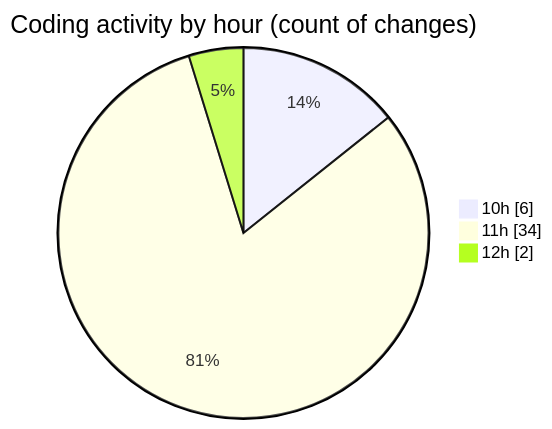
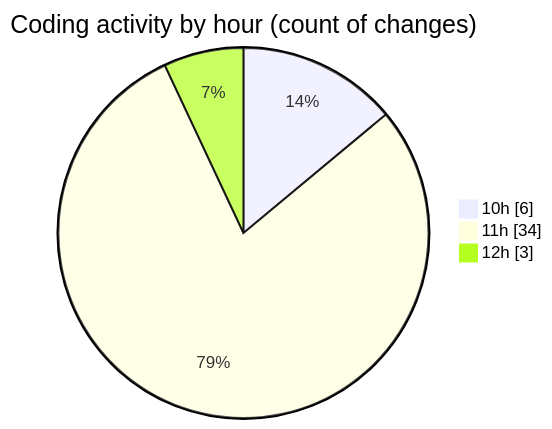
One commit to momahboobian/code-tracking changed the second of 2 diagrams in 2025-08-13/cda/README.md. Above: the diagram before and after it, drawn with Mermaid. The commit also changed other lines of this file and 1 other file, not shown here.

````diff
--- a/2025-08-13/cda/README.md
+++ b/2025-08-13/cda/README.md
@@ -33,7 +33,7 @@
 ```mermaid
 pie showData
 title Coding activity by hour (count of changes)
 "10h" : 6
 "11h" : 34
-"12h" : 2
+"12h" : 3
 ```
````
